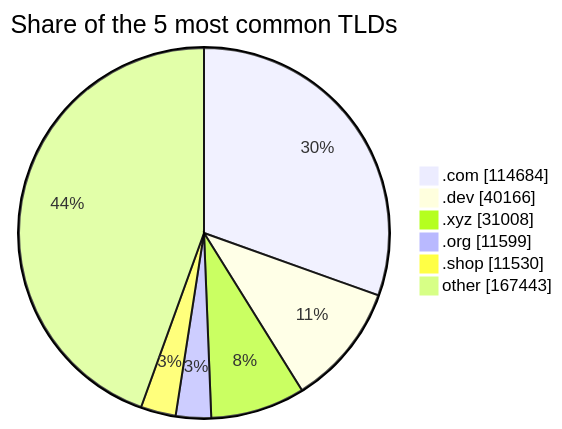
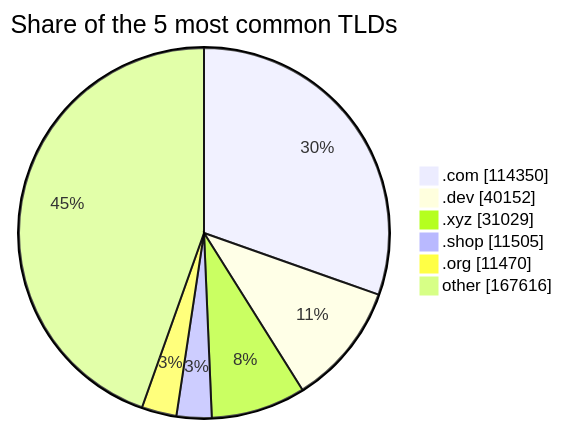
The third of 3 diagrams in README.md (DNSBunker/CTI), drawn with Mermaid before and after one commit. The commit also changed other lines of this file and 3 other files, not shown here.

````diff
--- a/README.md
+++ b/README.md
@@ -81,9 +81,9 @@
 ```mermaid
 pie showData title Share of the 5 most common TLDs
-    ".com" : 114684
-    ".dev" : 40166
-    ".xyz" : 31008
-    ".org" : 11599
-    ".shop" : 11530
-    "other" : 167443
+    ".com" : 114350
+    ".dev" : 40152
+    ".xyz" : 31029
+    ".shop" : 11505
+    ".org" : 11470
+    "other" : 167616
 ```
````
